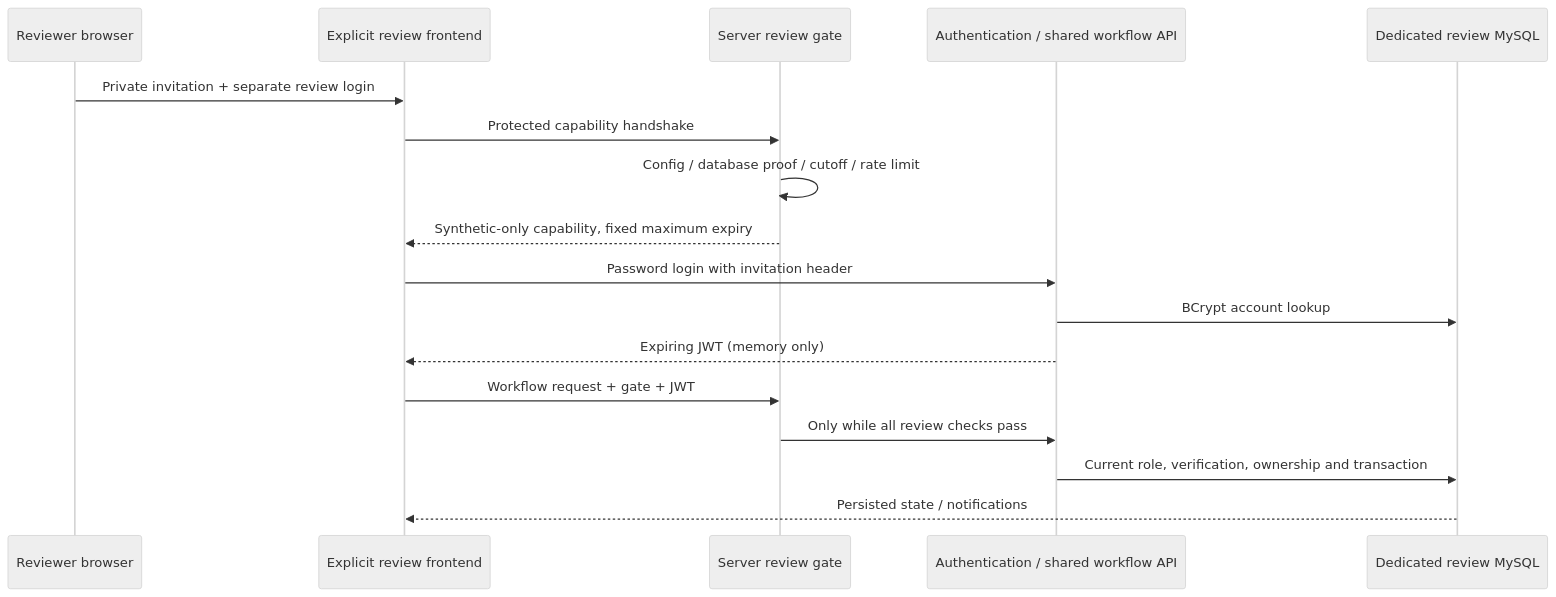
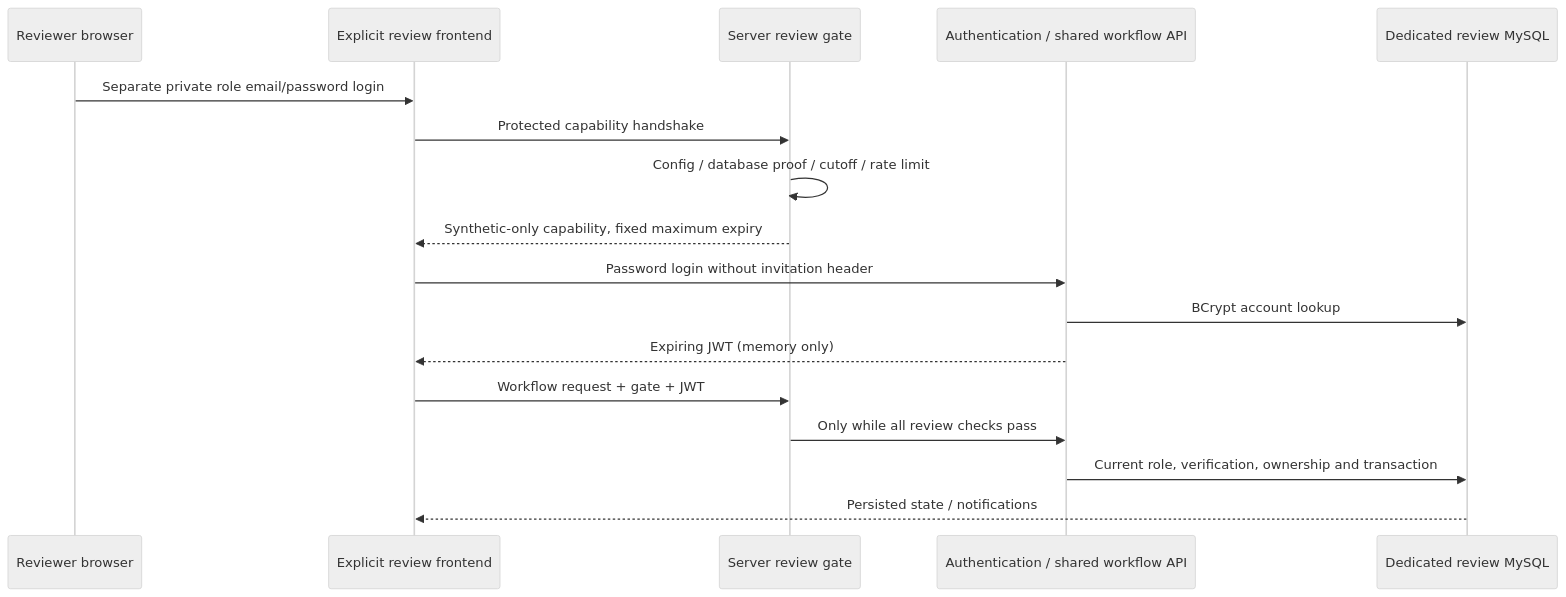
The diagram in SYSTEM-ARCHITECTURE.md (aswinudhayasivam-create/MedBridge), drawn with Mermaid (neutral theme) before and after one commit. The commit also changed other lines of this file, not shown here.

Commit message:
Revise login and review request processes
Updated login requirements to use email/password without invitation key. Adjusted review request handling to include environment readiness checks.

````diff
--- a/SYSTEM-ARCHITECTURE.md
+++ b/SYSTEM-ARCHITECTURE.md
@@ -18,19 +20,19 @@
 ```mermaid
 sequenceDiagram
     participant U as Reviewer browser
     participant F as Explicit review frontend
     participant G as Server review gate
     participant A as Authentication / shared workflow API
     participant D as Dedicated review MySQL
-    U->>F: Private invitation + separate review login
+    U->>F: Separate private role email/password login
     F->>G: Protected capability handshake
     G->>G: Config / database proof / cutoff / rate limit
     G-->>F: Synthetic-only capability, fixed maximum expiry
-    F->>A: Password login with invitation header
+    F->>A: Password login without invitation header
     A->>D: BCrypt account lookup
     A-->>F: Expiring JWT (memory only)
     F->>G: Workflow request + gate + JWT
     G->>A: Only while all review checks pass
     A->>D: Current role, verification, ownership and transaction
     D-->>F: Persisted state / notifications
 ```
````
